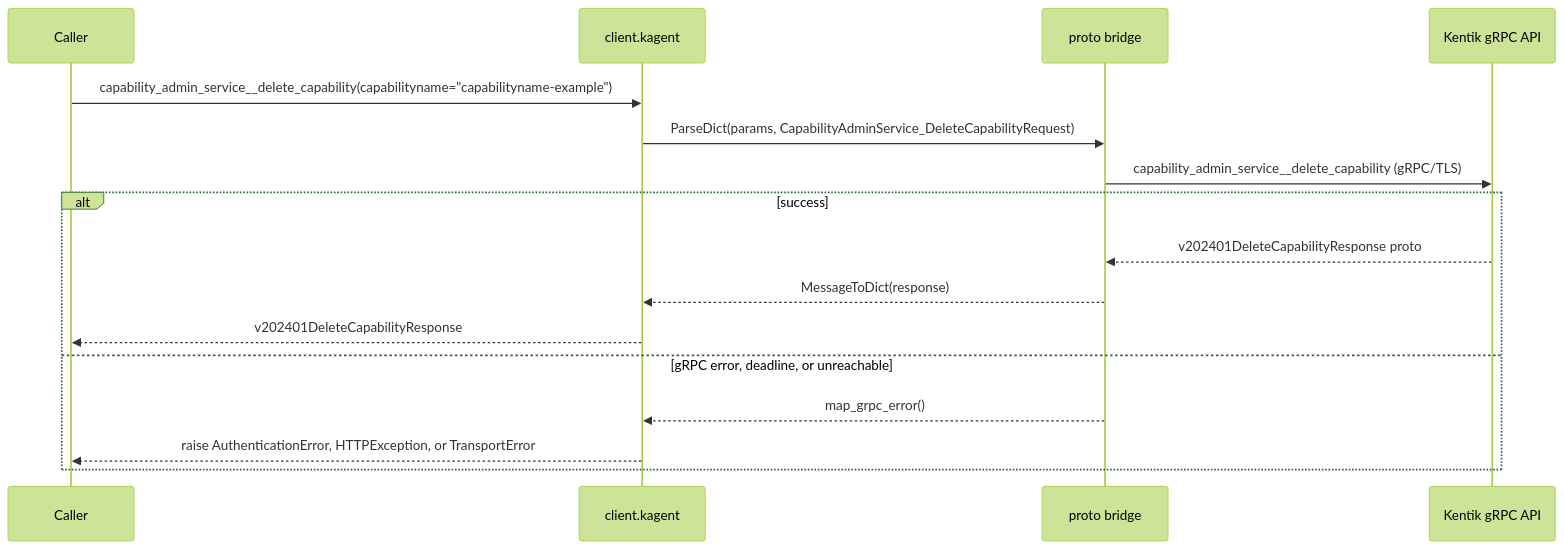
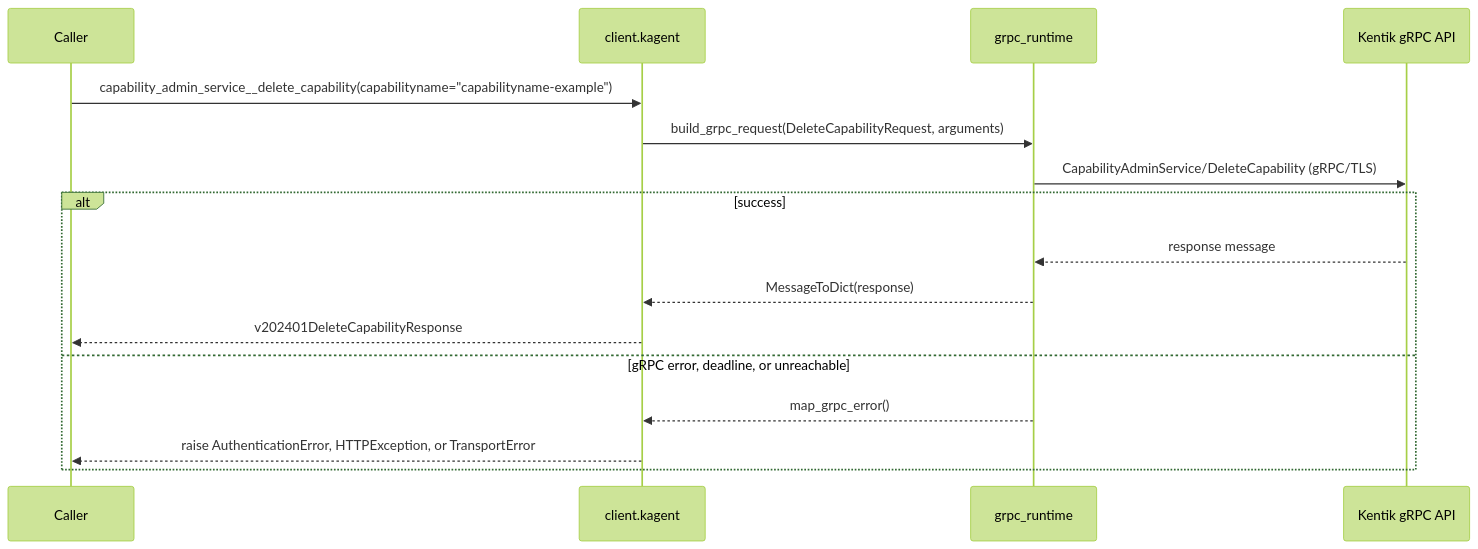
Before and after one commit to alexdearaujo/community_sdk_python: diagram 33 of 58 in docs/sphinx/services/kagent.md, drawn with Mermaid (forest theme). The commit also changed other lines of this file and 37 other files, not shown here.

First line of the commit message:
docs: show the real RPC in each service page's gRPC diagram

````diff
--- a/docs/sphinx/services/kagent.md
+++ b/docs/sphinx/services/kagent.md
@@ -1200,19 +1200,19 @@
 ```mermaid
 sequenceDiagram
     participant C as Caller
     participant W as client.kagent
-    participant B as proto bridge
+    participant R as grpc_runtime
     participant API as Kentik gRPC API
 
     C->>W: capability_admin_service__delete_capability(capabilityname="capabilityname-example")
-    W->>B: ParseDict(params, CapabilityAdminService_DeleteCapabilityRequest)
-    B->>API: capability_admin_service__delete_capability (gRPC/TLS)
+    W->>R: build_grpc_request(DeleteCapabilityRequest, arguments)
+    R->>API: CapabilityAdminService/DeleteCapability (gRPC/TLS)
     alt success
-        API-->>B: v202401DeleteCapabilityResponse proto
-        B-->>W: MessageToDict(response)
+        API-->>R: response message
+        R-->>W: MessageToDict(response)
         W-->>C: v202401DeleteCapabilityResponse
     else gRPC error, deadline, or unreachable
-        B-->>W: map_grpc_error()
+        R-->>W: map_grpc_error()
         W-->>C: raise AuthenticationError, HTTPException, or TransportError
     end
 ```
````
